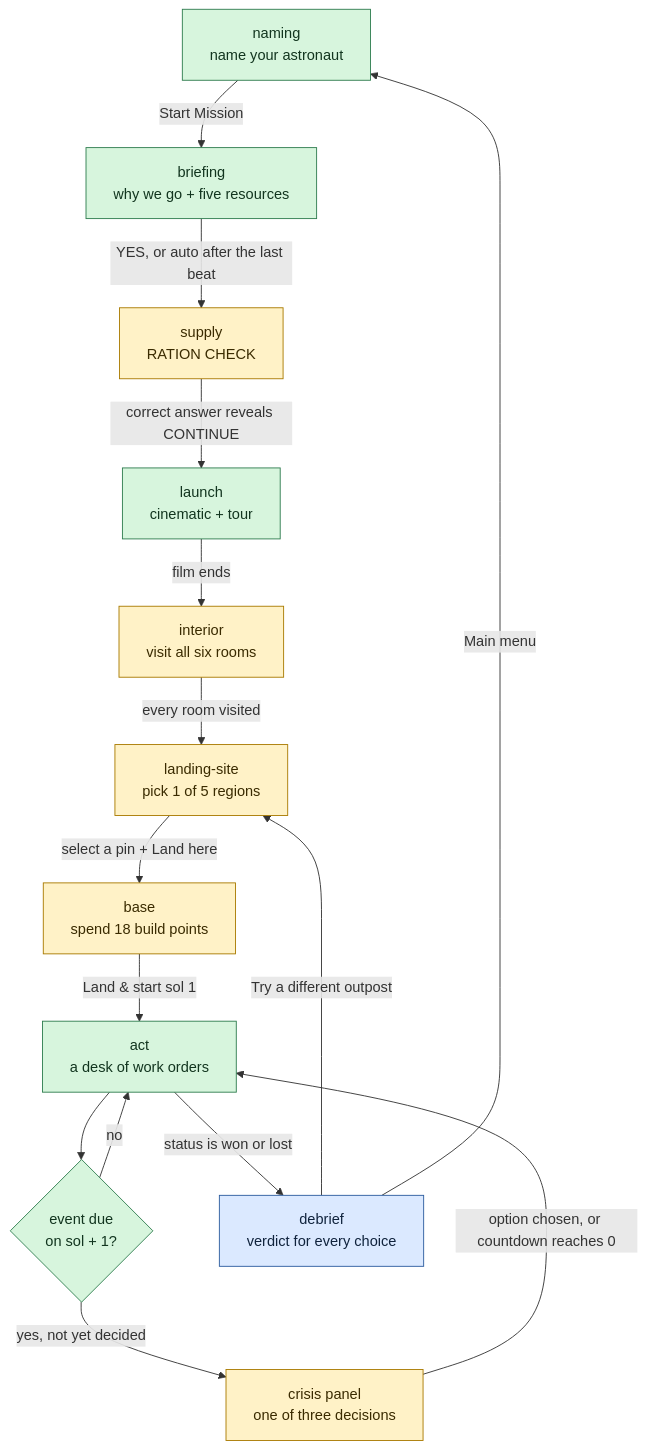
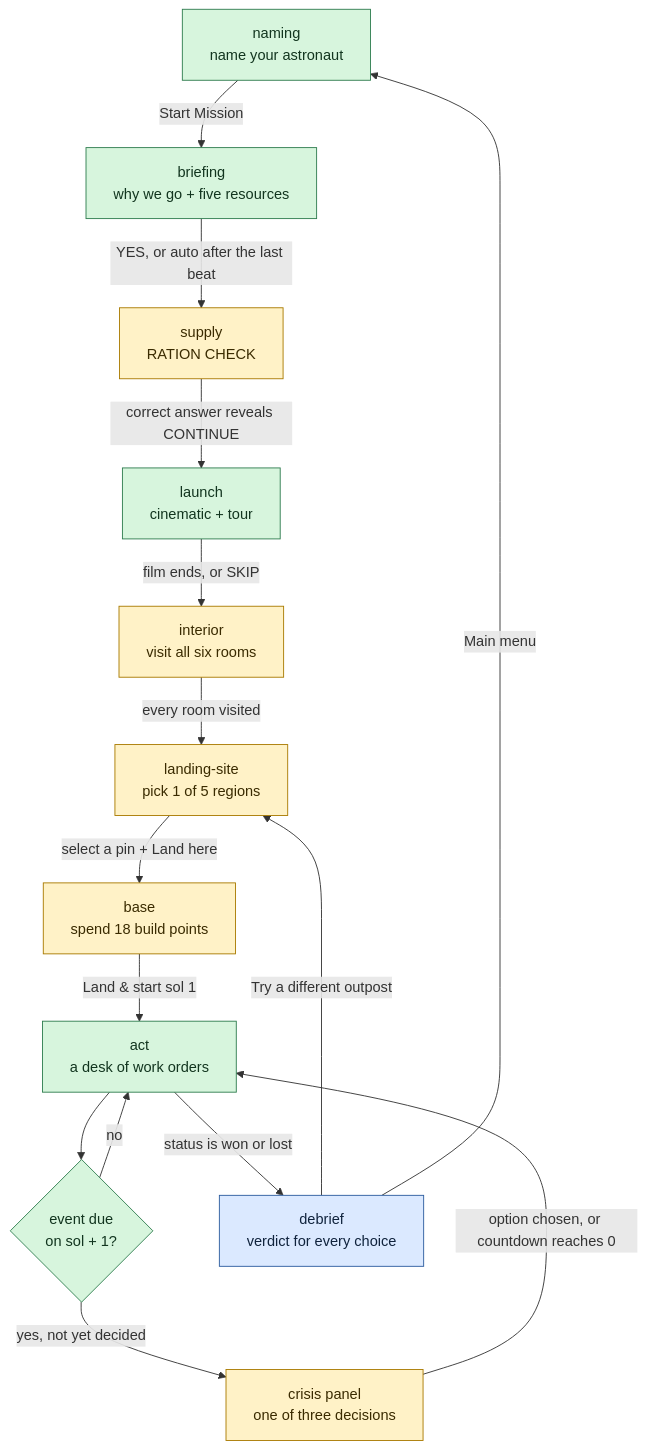
The first of 4 diagrams in docs/game-flow.md (Theteamakrasia/Mars-Horizon-Junior-Astronaut-Mission-Trainer), drawn with Mermaid before and after one commit. The commit also changed 12 other files, not shown here.

First line of the commit message:
feat(launch): add a skip button to the launch cinematic

````diff
--- a/docs/game-flow.md
+++ b/docs/game-flow.md
@@ -28,33 +28,33 @@
 ```mermaid
 flowchart TD
     Naming["naming<br/>name your astronaut"]:::impl
     Briefing["briefing<br/>why we go + five resources"]:::impl
     Supply["supply<br/>RATION CHECK"]:::gate
     Launch["launch<br/>cinematic + tour"]:::impl
     Interior["interior<br/>visit all six rooms"]:::gate
     Site["landing-site<br/>pick 1 of 5 regions"]:::gate
     Base["base<br/>spend 18 build points"]:::gate
     Act["act<br/>a desk of work orders"]:::impl
     Pending{"event due<br/>on sol + 1?"}:::impl
     Crisis["crisis panel<br/>one of three decisions"]:::gate
     Debrief["debrief<br/>verdict for every choice"]:::terminal
 
     Naming -->|"Start Mission"| Briefing
     Briefing -->|"YES, or auto after the last beat"| Supply
     Supply -->|"correct answer reveals CONTINUE"| Launch
-    Launch -->|"film ends"| Interior
+    Launch -->|"film ends, or SKIP"| Interior
     Interior -->|"every room visited"| Site
     Site -->|"select a pin + Land here"| Base
     Base -->|"Land &amp; start sol 1"| Act
     Act --> Pending
     Pending -->|"yes, not yet decided"| Crisis
     Crisis -->|"option chosen, or countdown reaches 0"| Act
     Pending -->|"no"| Act
     Act -->|"status is won or lost"| Debrief
     Debrief -->|"Try a different outpost"| Site
     Debrief -->|"Main menu"| Naming
 
     classDef impl fill:#d7f5dd,stroke:#2f7d4f,color:#12351f
     classDef gate fill:#fff2c7,stroke:#a97a00,color:#3a2b00
     classDef terminal fill:#dbe9ff,stroke:#2b5b9e,color:#10233d
 ```
````
